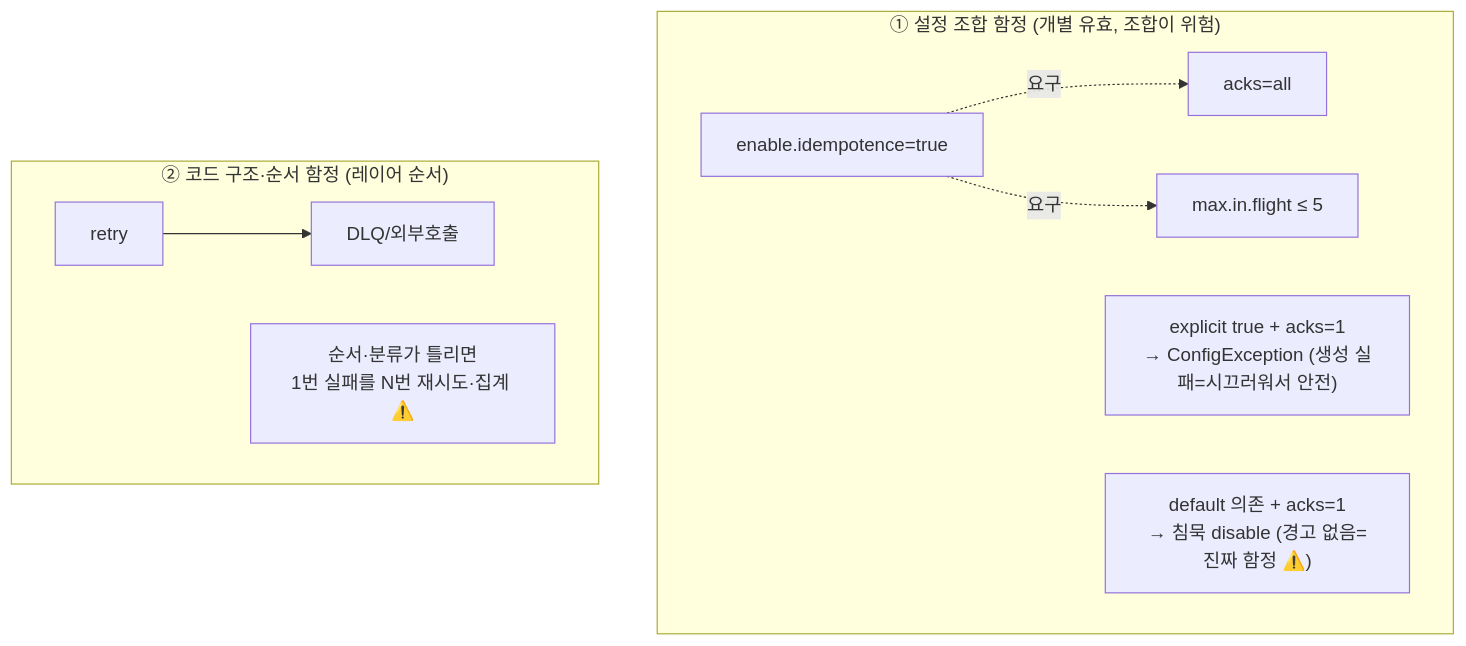
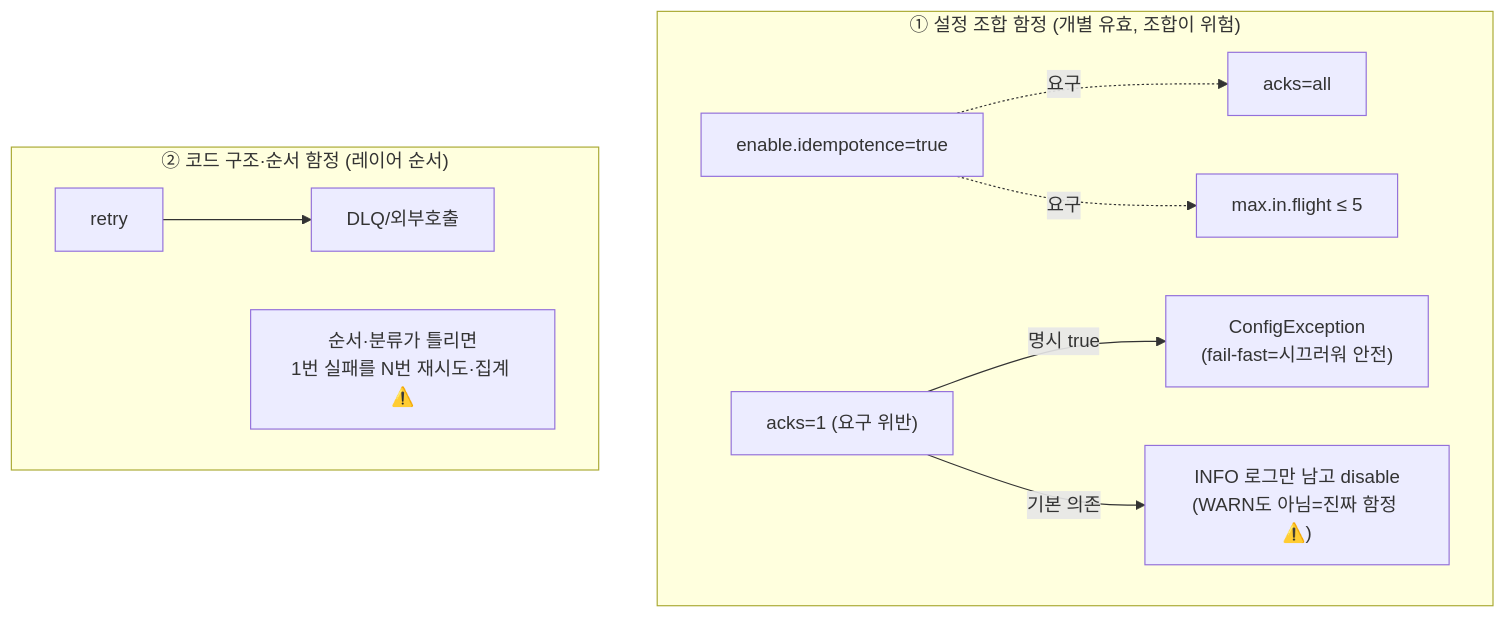
Before and after one commit to ghtjr410/kafka-lab: the diagram in docs/book/2-spring/README.md, drawn with Mermaid. The commit also changed 1 other file, not shown here.

Commit message:
docs: II권 9장 리뷰 반영 — 멱등 비활성화 로그 동작 1차소스 정정 + 내구성 짝 + mermaid 분기
리뷰 검증 결과 리뷰어 주장('WARN 로그')도 부정확 → ProducerConfig.java 3.7.0
직접 확인하여 정정:
- 9.1 사실오류 수정: 기본값 의존+acks=1은 '경고 없이 침묵'이 아니라 INFO 로그
  ('Idempotence will be disabled because acks is set to 1...')만 남고 disable.
  WARN조차 아니라 더 묻힌다(함정의 본질 강화). 충돌별 레벨 차이도 명시
  (acks/retries=INFO, max.in.flight=WARN). [code @3.7]
- mermaid EX/SD 떠있던 노드를 acks=1에서 두 갈래(명시→ConfigException /
  기본→silent disable)로 연결 (9장 + II권 README)
- 내구성 짝(acks=all × min.insync.replicas) 크로스레퍼런스 추가 — client×broker
  경계 넘는 함정, 본문은 III권 10장(CAP/PACELC) SSOT. 9.5 체크리스트에도 행 추가
- 9.4 YAML transaction-id-prefix 정적값 tx- → tx-${HOSTNAME}- (복붙 좀비펜싱 방지)
- '킬러 포인트' 등 강조 인플레이션 절제

보류(보고): transaction.id→idempotence 자동활성화(fetch 상충, 재검증 필요),
'3.0+ vs 3.2'(KAFKA-13598, baseline 3.7이라 본문 무영향) — 각주 선택사항

````diff
--- a/docs/book/2-spring/README.md
+++ b/docs/book/2-spring/README.md
@@ -30,13 +30,14 @@
 ```mermaid
 graph TB
     subgraph C1["① 설정 조합 함정 (개별 유효, 조합이 위험)"]
         A["enable.idempotence=true"] -.요구.-> B["acks=all"]
         A -.요구.-> M["max.in.flight ≤ 5"]
-        EX["explicit true + acks=1<br/>→ ConfigException (생성 실패=시끄러워서 안전)"]
-        SD["default 의존 + acks=1<br/>→ 침묵 disable (경고 없음=진짜 함정 ⚠️)"]
+        K["acks=1 (요구 위반)"]
+        K -->|"명시 true"| EX["ConfigException<br/>(fail-fast=시끄러워 안전)"]
+        K -->|"기본 의존"| SD["INFO 로그만 남고 disable<br/>(WARN도 아님=진짜 함정 ⚠️)"]
     end
     subgraph C2["② 코드 구조·순서 함정 (레이어 순서)"]
         R["retry"] --> D["DLQ/외부호출"]
         W2["순서·분류가 틀리면<br/>1번 실패를 N번 재시도·집계 ⚠️"]
     end
 ```
````
